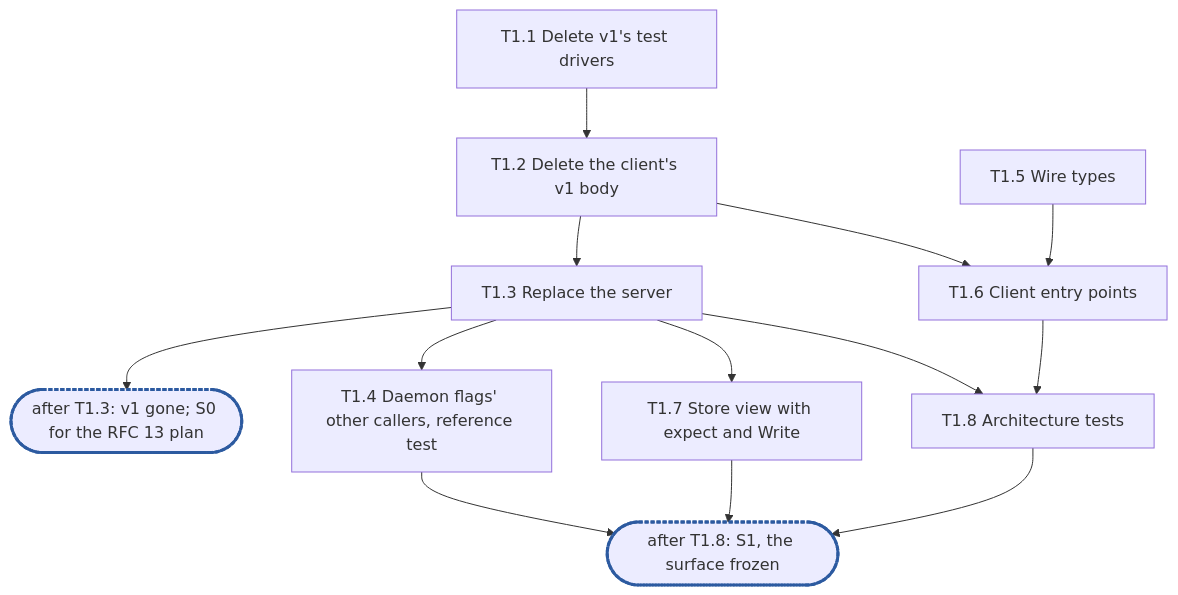
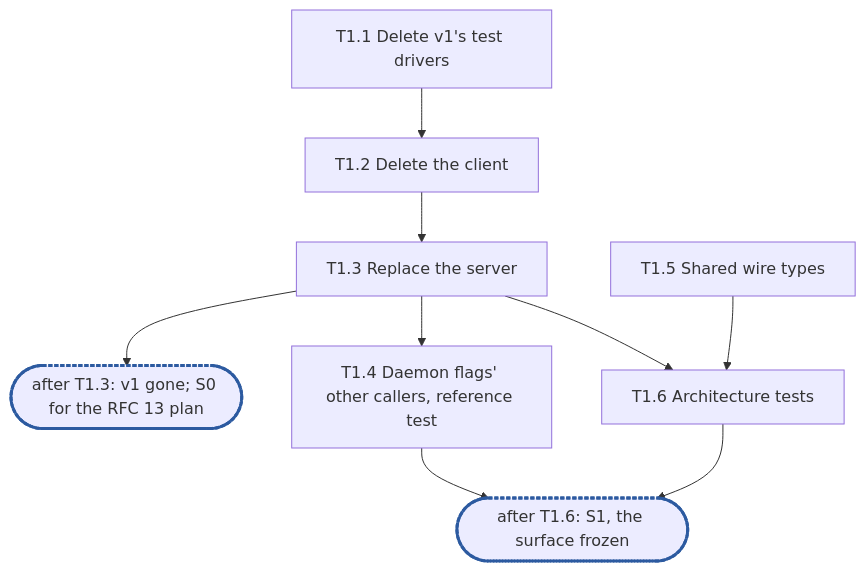
Before and after one commit to cubbit/dittofs: the diagram in docs/internals/planning/rfc-23-control-plane-epic1.md, drawn with Mermaid. The commit also changed other lines of this file and 1 other file, not shown here.

Commit message:
docs(planning): settle RFC 23 epic 1's open decisions and shrink its surface

````diff
--- a/docs/internals/planning/rfc-23-control-plane-epic1.md
+++ b/docs/internals/planning/rfc-23-control-plane-epic1.md
@@ -556,13 +477,11 @@
 ```mermaid
 flowchart TD
-  T1_1["T1.1 Delete v1's test drivers"] --> T1_2["T1.2 Delete the client's v1 body"]
+  T1_1["T1.1 Delete v1's test drivers"] --> T1_2["T1.2 Delete the client"]
   T1_2 --> T1_3["T1.3 Replace the server"]
   T1_3 --> C1(["after T1.3: v1 gone; S0 for the RFC 13 plan"]):::sync
   T1_3 --> T1_4["T1.4 Daemon flags' other callers, reference test"]
-  T1_5["T1.5 Wire types"] --> T1_6["T1.6 Client entry points"]
-  T1_2 --> T1_6
-  T1_3 --> T1_7["T1.7 Store view with expect and Write"]
-  T1_3 & T1_6 --> T1_8["T1.8 Architecture tests"]
-  T1_4 & T1_7 & T1_8 --> C2(["after T1.8: S1, the surface frozen"]):::sync
+  T1_5["T1.5 Shared wire types"]
+  T1_3 & T1_5 --> T1_6["T1.6 Architecture tests"]
+  T1_4 & T1_6 --> C2(["after T1.6: S1, the surface frozen"]):::sync
   classDef sync stroke:#2c5aa0,stroke-width:3px,stroke-dasharray:4 2
 ```
````
